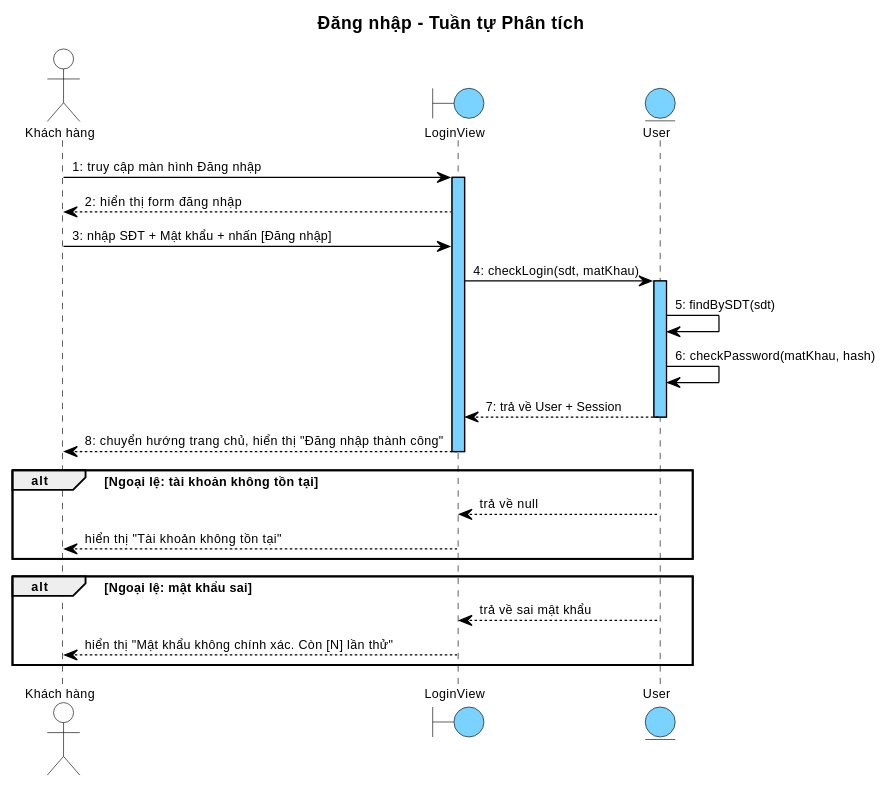
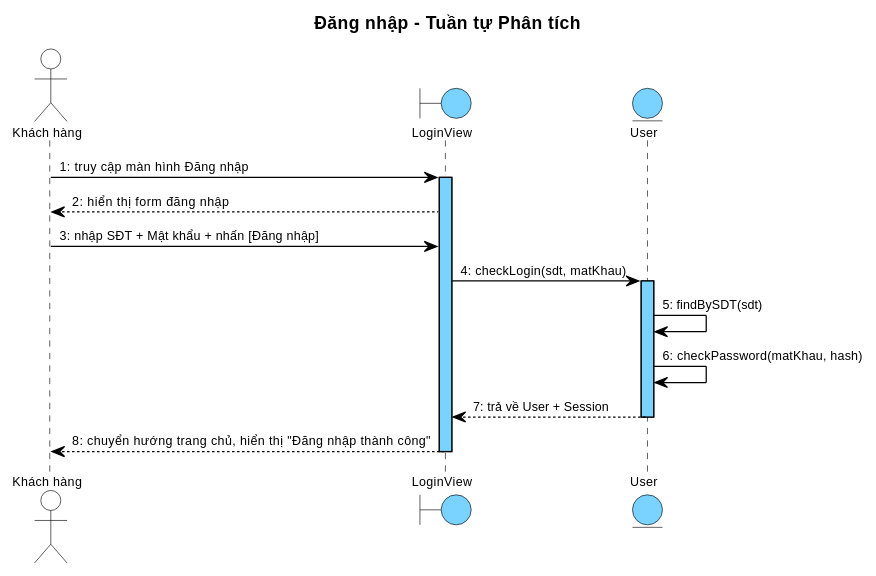
Before and after one commit to thanhtrnnn/cnpm: the first of 5 diagrams in docs/tabs/section-account-ii.md, drawn with PlantUML. The commit also changed other lines of this file and 2 other files, not shown here.

First line of the commit message:
fix: remove exceptions from sequences, reformat headings 1→1.1→1.1.1, update wireframes to match class attributes

````diff
--- a/docs/tabs/section-account-ii.md
+++ b/docs/tabs/section-account-ii.md
@@ -170,81 +170,71 @@
 ```plantuml
 @startuml
 skinparam shadowing false
 skinparam SequenceMessageAlign left
 
 skinparam SequenceLifeLineBackgroundColor #7AD2FF
 skinparam SequenceLifeLineBorderColor #000000
 
 <style>
 sequenceDiagram {
   Shadowing 0
   RoundCorner 0
   FontName "Arial"
   FontSize 10
   FontColor #000000
 
   participant {
     BackgroundColor #7AD2FF
     LineColor #000000
     LineThickness 1
   }
 
   actor {
     BackgroundColor transparent
     LineColor #000000
   }
   boundary {
     BackgroundColor #7AD2FF
     LineColor #000000
   }
   control {
     BackgroundColor #7AD2FF
     LineColor #000000
   }
   entity {
     BackgroundColor #7AD2FF
     LineColor #000000
   }
 
   lifeline {
     LineColor #000000
     LineStyle 5-5
   }
 
   arrow {
     LineColor #000000
     LineThickness 1
     FontSize 10
   }
 }
 </style>
 title Đăng nhập – Tuần tự Phân tích
 
 actor "Khách hàng" as KH
 boundary LoginView as B1
 entity User as E1
 
 KH -> B1 : 1: truy cập màn hình Đăng nhập
 activate B1
 B1 --> KH : 2: hiển thị form đăng nhập
 KH -> B1 : 3: nhập SĐT + Mật khẩu + nhấn [Đăng nhập]
 B1 -> E1 : 4: checkLogin(sdt, matKhau)
 activate E1
 E1 -> E1 : 5: findBySDT(sdt)
 E1 -> E1 : 6: checkPassword(matKhau, hash)
 E1 --> B1 : 7: trả về User + Session
 deactivate E1
 B1 --> KH : 8: chuyển hướng trang chủ, hiển thị "Đăng nhập thành công"
 deactivate B1
-
-alt Ngoại lệ: tài khoản không tồn tại
-  E1 --> B1 : trả về null
-  B1 --> KH : hiển thị "Tài khoản không tồn tại"
-end
-
-alt Ngoại lệ: mật khẩu sai
-  E1 --> B1 : trả về sai mật khẩu
-  B1 --> KH : hiển thị "Mật khẩu không chính xác. Còn [N] lần thử"
-end
 @enduml
 ```
````
